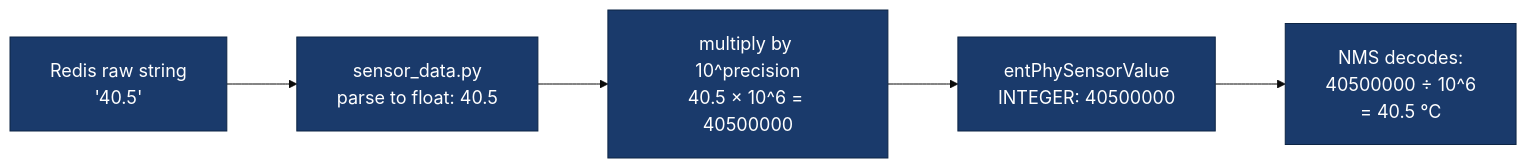
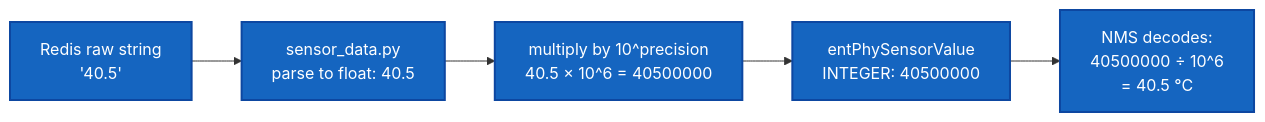
Before and after one commit to thongal-upscale/sonic-snmpagent: diagram 14 of 17 in docs/nms_compliance_gaps.md, drawn with Mermaid. The commit also changed other lines of this file, not shown here.

Commit message:
docs: redesign diagrams with vibrant colors, expand pytest lifecycle, add BGP AgentX container

````diff
--- a/docs/nms_compliance_gaps.md
+++ b/docs/nms_compliance_gaps.md
@@ -924,13 +986,12 @@
 ```mermaid
-%%{init: {'theme': 'base', 'themeVariables': {'fontSize': '18px', 'lineHeight': '1.5'}, 'flowchart': {'nodeSpacing': 60, 'rankSpacing': 70, 'padding': 20}, 'sequence': {'actorFontSize': 18, 'noteFontSize': 17, 'messageFontSize': 17}}}%%
 graph LR
-    classDef ex fill:#1a3a6b,color:#fff,stroke:#0d2545
+    classDef ex fill:#1565C0,color:#fff,stroke:#0D47A1,stroke-width:2px
 
     RAW["Redis raw string\n'40.5'"]:::ex
     STEP1["sensor_data.py\nparse to float: 40.5"]:::ex
     STEP2["multiply by 10^precision\n40.5 × 10^6 = 40500000"]:::ex
     OID_VAL["entPhySensorValue\nINTEGER: 40500000"]:::ex
     NMS["NMS decodes:\n40500000 ÷ 10^6\n= 40.5 °C"]:::ex
 
     RAW --> STEP1 --> STEP2 --> OID_VAL --> NMS
 ```
````
